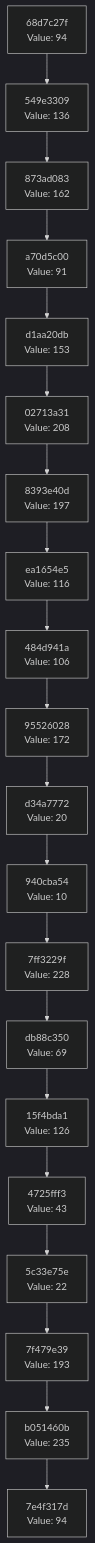
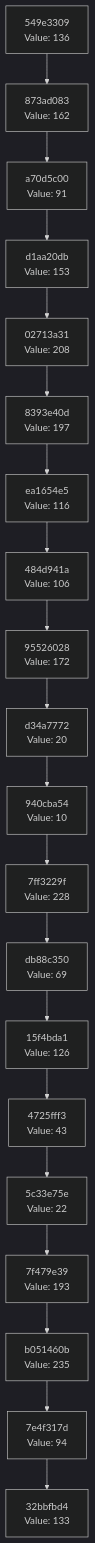
Before and after one commit to Abhisheksinha1506/hash-chain-evolver: the diagram in docs/CHAIN_VISUALIZATION.md, drawn with Mermaid (dark theme). The commit also changed 3 other files, not shown here.

````diff
--- a/docs/CHAIN_VISUALIZATION.md
+++ b/docs/CHAIN_VISUALIZATION.md
@@ -3,42 +3,42 @@
 ```mermaid
 graph TD
-    C0["7e4f317d<br/>Value: 94"]
-    C1["b051460b<br/>Value: 235"]
+    C0["32bbfbd4<br/>Value: 133"]
+    C1["7e4f317d<br/>Value: 94"]
     C1 --> C0
-    C2["7f479e39<br/>Value: 193"]
+    C2["b051460b<br/>Value: 235"]
     C2 --> C1
-    C3["5c33e75e<br/>Value: 22"]
+    C3["7f479e39<br/>Value: 193"]
     C3 --> C2
-    C4["4725fff3<br/>Value: 43"]
+    C4["5c33e75e<br/>Value: 22"]
     C4 --> C3
-    C5["15f4bda1<br/>Value: 126"]
+    C5["4725fff3<br/>Value: 43"]
     C5 --> C4
-    C6["db88c350<br/>Value: 69"]
+    C6["15f4bda1<br/>Value: 126"]
     C6 --> C5
-    C7["7ff3229f<br/>Value: 228"]
+    C7["db88c350<br/>Value: 69"]
     C7 --> C6
-    C8["940cba54<br/>Value: 10"]
+    C8["7ff3229f<br/>Value: 228"]
     C8 --> C7
-    C9["d34a7772<br/>Value: 20"]
+    C9["940cba54<br/>Value: 10"]
     C9 --> C8
-    C10["95526028<br/>Value: 172"]
+    C10["d34a7772<br/>Value: 20"]
     C10 --> C9
-    C11["484d941a<br/>Value: 106"]
+    C11["95526028<br/>Value: 172"]
     C11 --> C10
-    C12["ea1654e5<br/>Value: 116"]
+    C12["484d941a<br/>Value: 106"]
     C12 --> C11
-    C13["8393e40d<br/>Value: 197"]
+    C13["ea1654e5<br/>Value: 116"]
     C13 --> C12
-    C14["02713a31<br/>Value: 208"]
+    C14["8393e40d<br/>Value: 197"]
     C14 --> C13
-    C15["d1aa20db<br/>Value: 153"]
+    C15["02713a31<br/>Value: 208"]
     C15 --> C14
-    C16["a70d5c00<br/>Value: 91"]
+    C16["d1aa20db<br/>Value: 153"]
     C16 --> C15
-    C17["873ad083<br/>Value: 162"]
+    C17["a70d5c00<br/>Value: 91"]
     C17 --> C16
-    C18["549e3309<br/>Value: 136"]
+    C18["873ad083<br/>Value: 162"]
     C18 --> C17
-    C19["68d7c27f<br/>Value: 94"]
+    C19["549e3309<br/>Value: 136"]
     C19 --> C18
 ```
````
